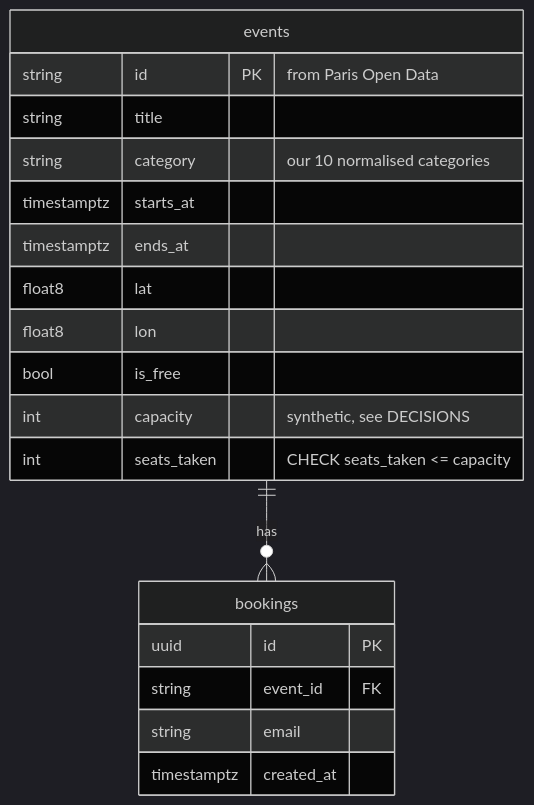
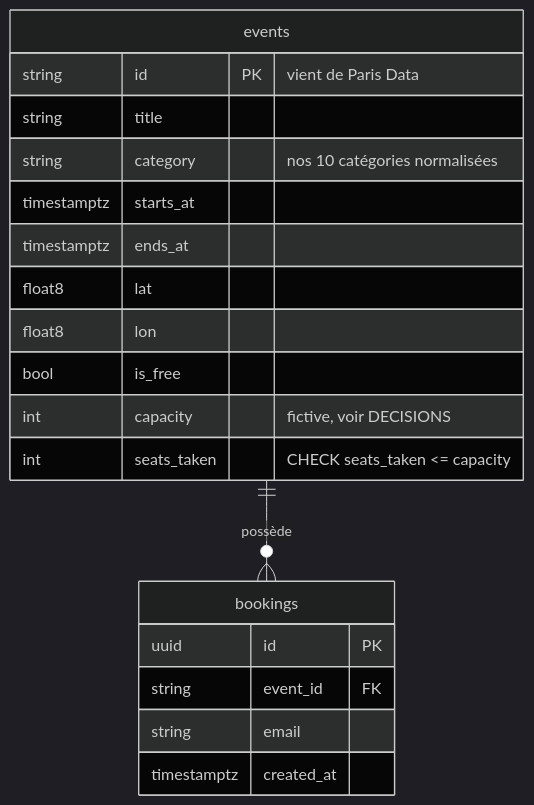
One commit to amin119/Technical-Assesment-SanteCall-IA changed the second of 4 diagrams in docs/ARCHITECTURE.md. Above: the diagram before and after it, drawn with Mermaid (dark theme). The commit also changed other lines of this file and 9 other files, not shown here.

````diff
--- a/docs/ARCHITECTURE.md
+++ b/docs/ARCHITECTURE.md
@@ -40,22 +40,22 @@
 ```mermaid
 erDiagram
-    events ||--o{ bookings : has
+    events ||--o{ bookings : possède
     events {
-        string id PK "from Paris Open Data"
+        string id PK "vient de Paris Data"
         string title
-        string category "our 10 normalised categories"
+        string category "nos 10 catégories normalisées"
         timestamptz starts_at
         timestamptz ends_at
         float8 lat
         float8 lon
         bool is_free
-        int capacity "synthetic, see DECISIONS"
+        int capacity "fictive, voir DECISIONS"
         int seats_taken "CHECK seats_taken <= capacity"
     }
     bookings {
         uuid id PK
         string event_id FK
         string email
         timestamptz created_at
     }
 ```
````
